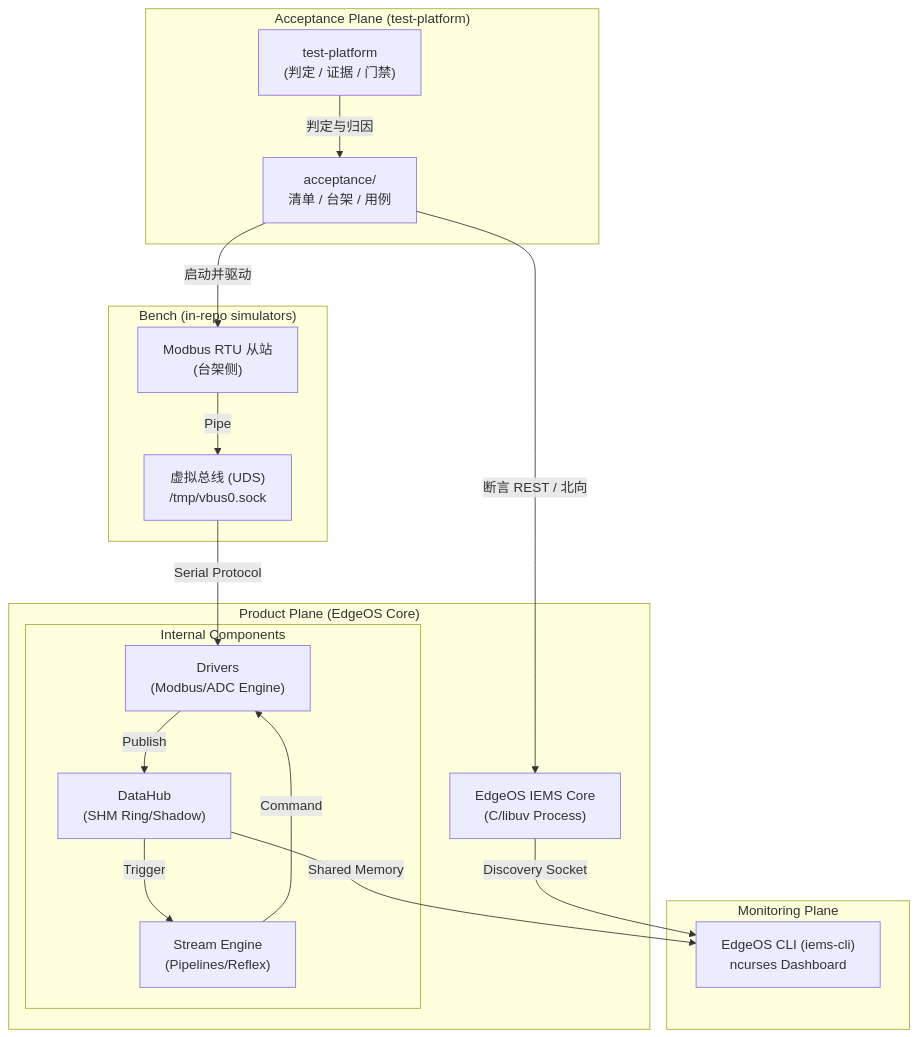
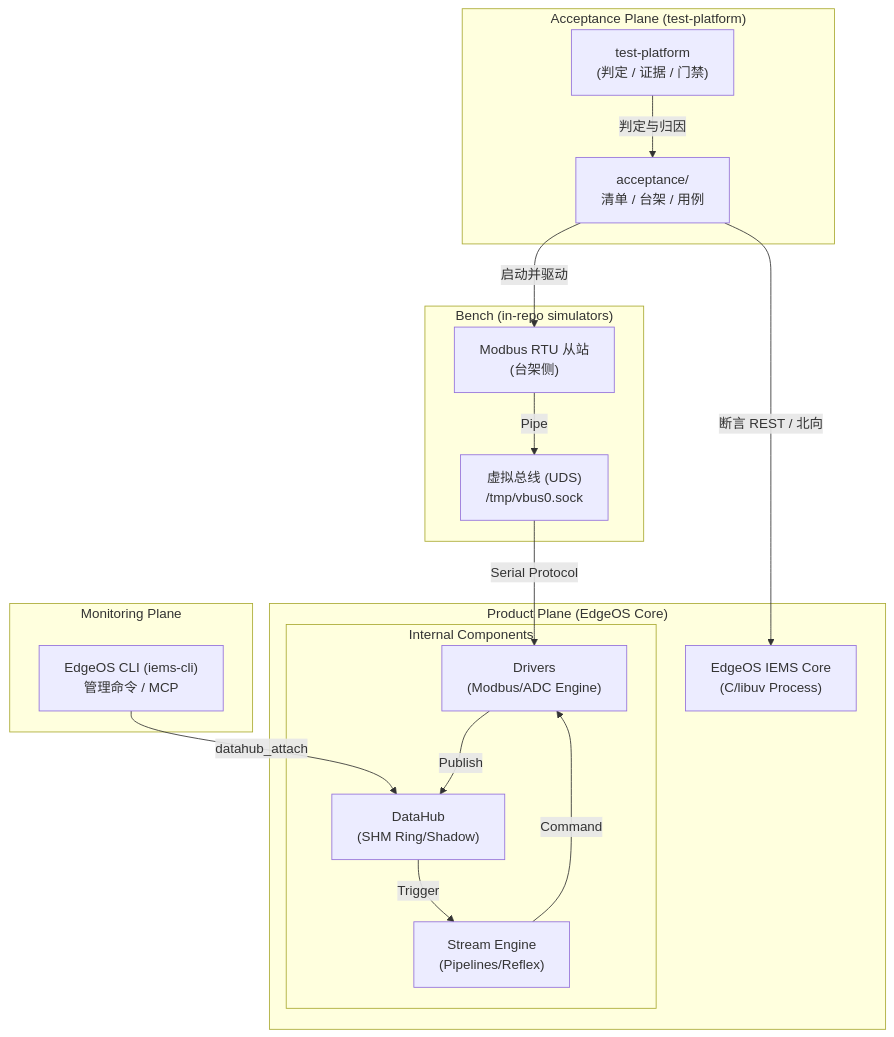
One commit to cautonwong/EdgeC changed the eighth of 8 diagrams in README.md. Above: the diagram before and after it, drawn with Mermaid. The commit also changed other lines of this file and 92 other files, not shown here.

````diff
--- a/README.md
+++ b/README.md
@@ -155,42 +488,41 @@
 ```mermaid
 
 graph TB
   subgraph "Acceptance Plane (test-platform)"
       ACC["acceptance/<br/>清单 / 台架 / 用例"]
       PLAT["test-platform<br/>(判定 / 证据 / 门禁)"]
   end
 
   subgraph "Bench (in-repo simulators)"
       SLAVE["Modbus RTU 从站<br/>(台架侧)"]
       VBUS["虚拟总线 (UDS)<br/>/tmp/vbus0.sock"]
   end
 
   subgraph "Product Plane (EdgeOS Core)"
       IEMS["EdgeOS IEMS Core<br/>(C/libuv Process)"]
 
       subgraph "Internal Components"
           DH["DataHub<br/>(SHM Ring/Shadow)"]
           SE["Stream Engine<br/>(Pipelines/Reflex)"]
           DRV["Drivers<br/>(Modbus/ADC Engine)"]
       end
   end
 
   subgraph "Monitoring Plane"
-      IEMS_CLI["EdgeOS CLI (iems-cli)<br/>ncurses Dashboard"]
+      IEMS_CLI["EdgeOS CLI (iems-cli)<br/>管理命令 / MCP"]
   end
 
   %% Relationships
   ACC -- 启动并驱动 --> SLAVE
   ACC -- 断言 REST / 北向 --> IEMS
   PLAT -- 判定与归因 --> ACC
 
   SLAVE -- Pipe --> VBUS
 
   VBUS -- Serial Protocol --> DRV
   DRV -- Publish --> DH
   DH -- Trigger --> SE
   SE -- Command --> DRV
 
-  IEMS -- Discovery Socket --> IEMS_CLI
-  DH -- Shared Memory --> IEMS_CLI
+  IEMS_CLI -- datahub_attach --> DH
 ```
````
